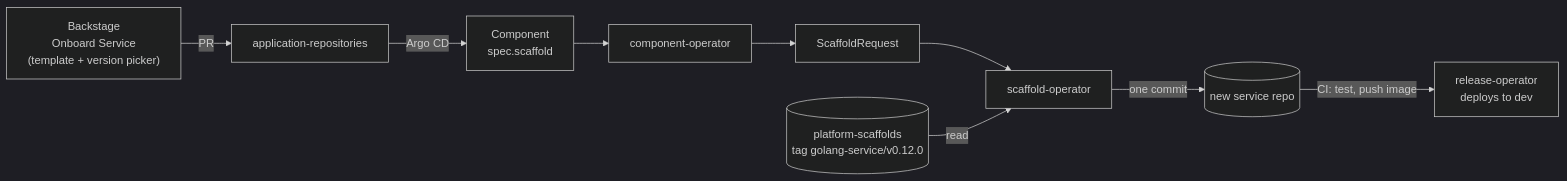
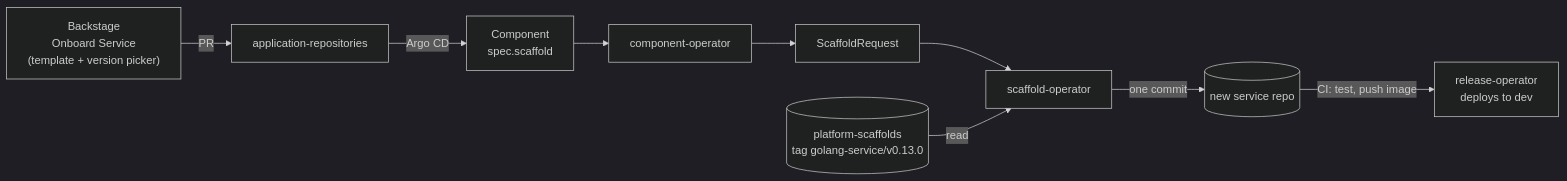
One commit to entr0pian/platform-scaffolds changed the diagram in README.md. Above: the diagram before and after it, drawn with Mermaid (dark theme). The commit also changed other lines of this file and 2 other files, not shown here.

Commit message:
golang-service 0.13.0: versioned database schema

````diff
--- a/README.md
+++ b/README.md
@@ -17,11 +17,11 @@
 ```mermaid
 flowchart LR
     BS["Backstage<br/>Onboard Service<br/>(template + version picker)"] -->|PR| AR["application-repositories"]
     AR -->|Argo CD| C["Component<br/>spec.scaffold"]
     C --> CO["component-operator"]
     CO --> SR["ScaffoldRequest"]
     SR --> SO["scaffold-operator"]
-    PS[("platform-scaffolds<br/>tag golang-service/v0.12.0")] -->|read| SO
+    PS[("platform-scaffolds<br/>tag golang-service/v0.13.0")] -->|read| SO
     SO -->|one commit| GH[("new service repo")]
     GH -->|"CI: test, push image"| RO["release-operator<br/>deploys to dev"]
 ```
````
